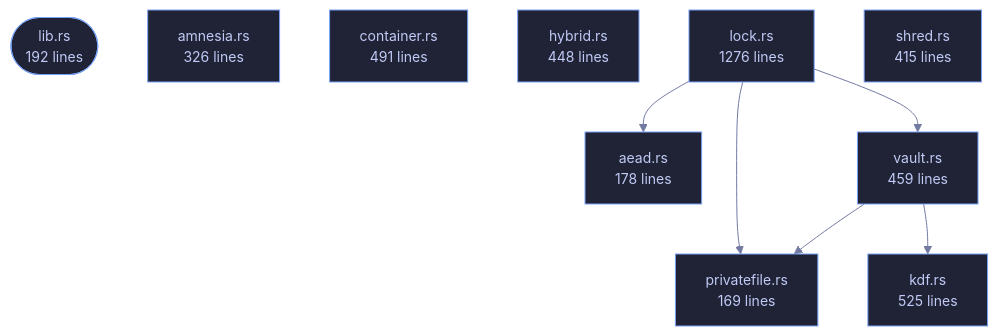
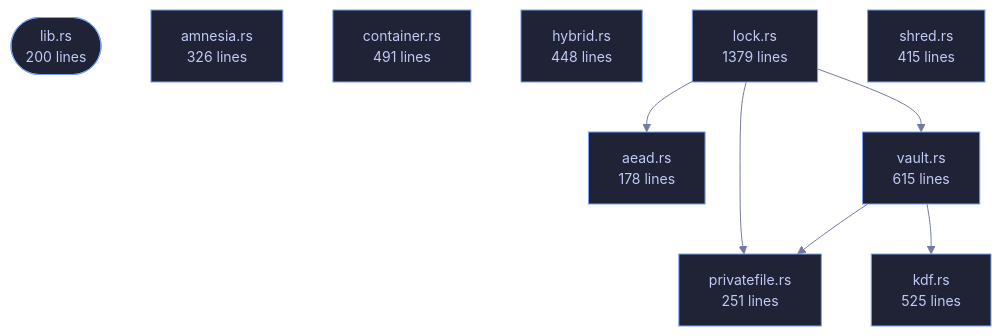
The diagram in crates/veilvoice-crypto/README.md (tilas01/veilvoice), drawn with Mermaid before and after one commit. The commit also changed other lines of this file and 58 other files, not shown here.

````diff
--- a/crates/veilvoice-crypto/README.md
+++ b/crates/veilvoice-crypto/README.md
@@ -108,29 +108,29 @@
 ```mermaid
 %%{init: {"theme":"base","themeVariables":{"background":"#1a1b26","primaryColor":"#1f2335","primaryTextColor":"#c0caf5","primaryBorderColor":"#7aa2f7","secondaryColor":"#16161e","tertiaryColor":"#16161e","lineColor":"#737aa2","textColor":"#c0caf5","mainBkg":"#1f2335","nodeBorder":"#7aa2f7","clusterBkg":"#16161e","clusterBorder":"#2f3549","fontFamily":"ui-monospace, SFMono-Regular, Consolas, monospace","fontSize":"14px"}}}%%
 flowchart TD
-    n_lib(["lib.rs<br/>192 lines"])
+    n_lib(["lib.rs<br/>200 lines"])
     n_aead["aead.rs<br/>178 lines"]
     n_amnesia["amnesia.rs<br/>326 lines"]
     n_container["container.rs<br/>491 lines"]
     n_hybrid["hybrid.rs<br/>448 lines"]
     n_kdf["kdf.rs<br/>525 lines"]
-    n_lock["lock.rs<br/>1276 lines"]
-    n_privatefile["privatefile.rs<br/>169 lines"]
+    n_lock["lock.rs<br/>1379 lines"]
+    n_privatefile["privatefile.rs<br/>251 lines"]
     n_shred["shred.rs<br/>415 lines"]
-    n_vault["vault.rs<br/>459 lines"]
+    n_vault["vault.rs<br/>615 lines"]
     n_lock --> n_aead
     n_lock --> n_privatefile
     n_lock --> n_vault
     n_vault --> n_kdf
     n_vault --> n_privatefile
     click n_lib href "https://github.com/tilas01/veilvoice/blob/main/crates/veilvoice-crypto/src/lib.rs" "open the source"
     click n_aead href "https://github.com/tilas01/veilvoice/blob/main/crates/veilvoice-crypto/src/aead.rs" "open the source"
     click n_amnesia href "https://github.com/tilas01/veilvoice/blob/main/crates/veilvoice-crypto/src/amnesia.rs" "open the source"
     click n_container href "https://github.com/tilas01/veilvoice/blob/main/crates/veilvoice-crypto/src/container.rs" "open the source"
     click n_hybrid href "https://github.com/tilas01/veilvoice/blob/main/crates/veilvoice-crypto/src/hybrid.rs" "open the source"
     click n_kdf href "https://github.com/tilas01/veilvoice/blob/main/crates/veilvoice-crypto/src/kdf.rs" "open the source"
     click n_lock href "https://github.com/tilas01/veilvoice/blob/main/crates/veilvoice-crypto/src/lock.rs" "open the source"
     click n_privatefile href "https://github.com/tilas01/veilvoice/blob/main/crates/veilvoice-crypto/src/privatefile.rs" "open the source"
     click n_shred href "https://github.com/tilas01/veilvoice/blob/main/crates/veilvoice-crypto/src/shred.rs" "open the source"
     click n_vault href "https://github.com/tilas01/veilvoice/blob/main/crates/veilvoice-crypto/src/vault.rs" "open the source"
 ```
````
